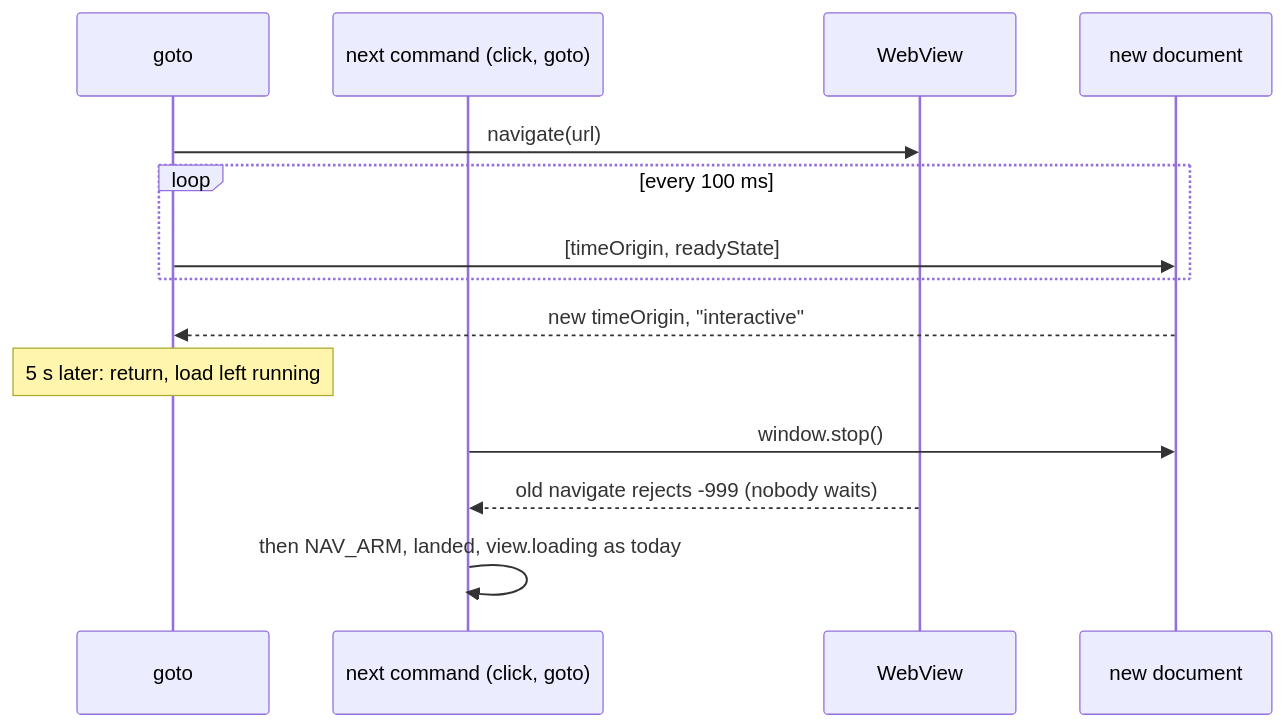
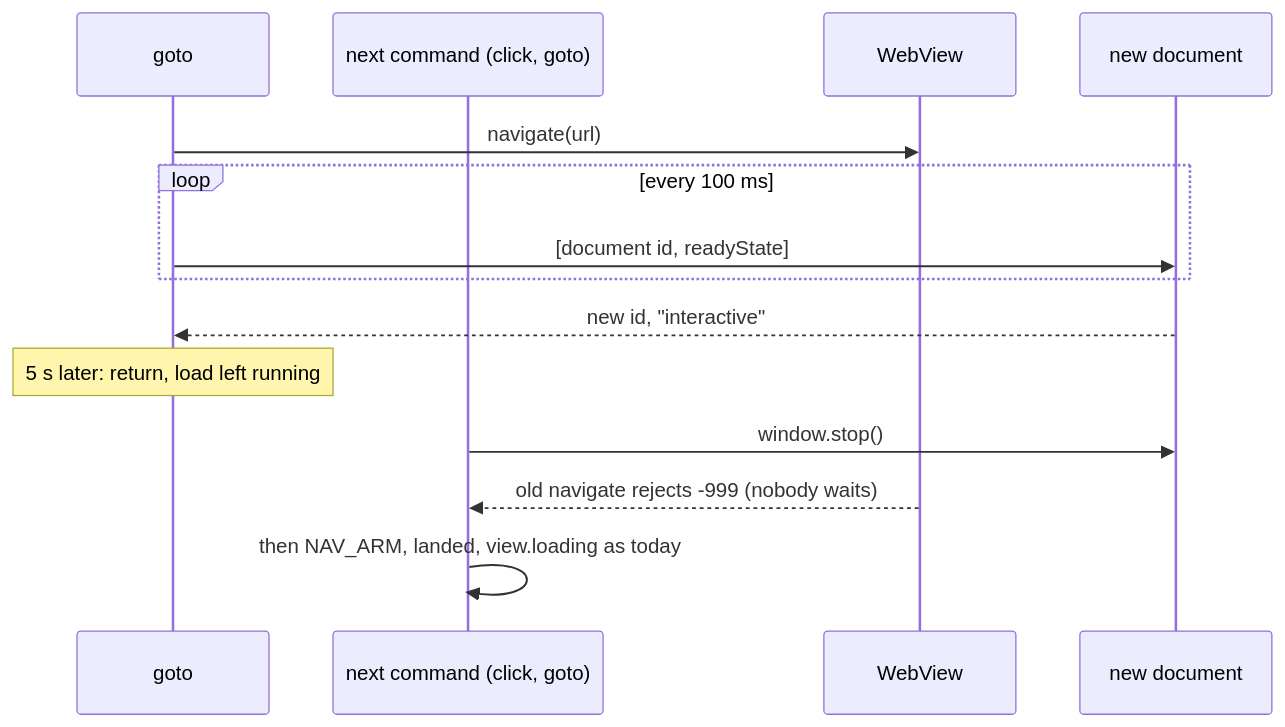
Before and after one commit to drakulavich/bowser: the diagram in docs/superpowers/specs/2026-10-27-load-cap-design.md, drawn with Mermaid. The commit also changed other lines of this file and 4 other files, not shown here.

````diff
--- a/docs/superpowers/specs/2026-10-27-load-cap-design.md
+++ b/docs/superpowers/specs/2026-10-27-load-cap-design.md
@@ -94,16 +119,16 @@
 ```mermaid
 sequenceDiagram
   participant C as goto
   participant N as next command (click, goto)
   participant V as WebView
   participant P as new document
   C->>V: navigate(url)
   loop every 100 ms
-    C->>P: [timeOrigin, readyState]
+    C->>P: [document id, readyState]
   end
-  P-->>C: new timeOrigin, "interactive"
+  P-->>C: new id, "interactive"
   Note over C: 5 s later: return, load left running
   N->>P: window.stop()
   V-->>N: old navigate rejects -999 (nobody waits)
   N->>N: then NAV_ARM, landed, view.loading as today
 ```
````
